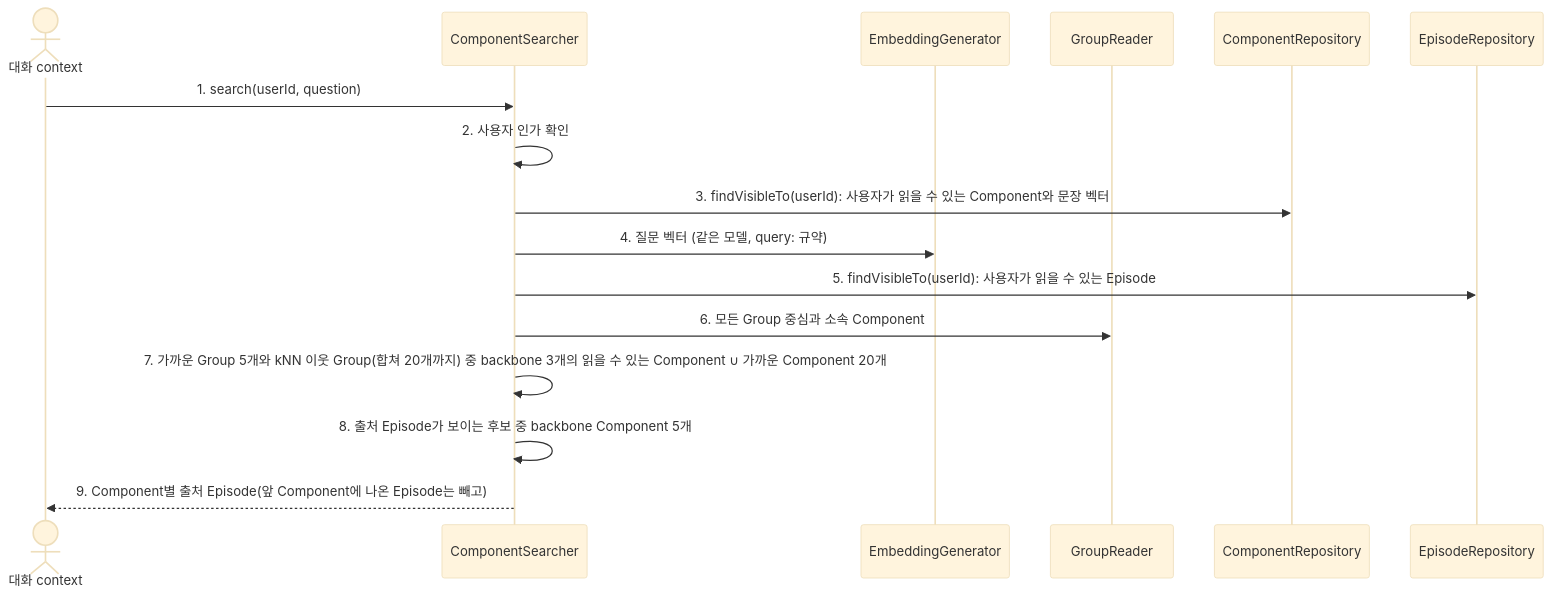
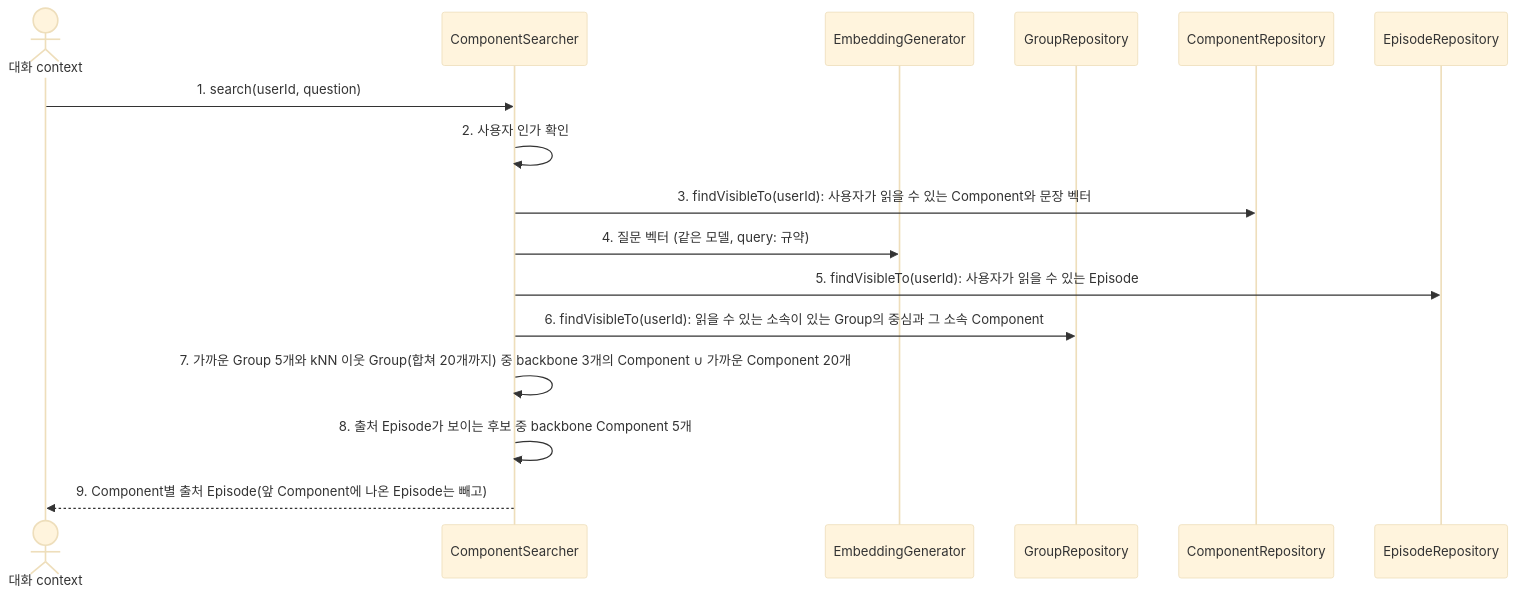
Before and after one commit to magenta1223/home_assistant: the second of 2 diagrams in application/src/main/kotlin/com/homeassistant/application/usecase/memoryextraction/component/README.md, drawn with Mermaid (base theme). The commit also changed other lines of this file and 19 other files, not shown here.

First line of the commit message:
refactor: Merge group reader and writer into GroupRepository

````diff
--- a/application/src/main/kotlin/com/homeassistant/application/usecase/memoryextraction/component/README.md
+++ b/application/src/main/kotlin/com/homeassistant/application/usecase/memoryextraction/component/README.md
@@ -64,18 +64,18 @@
 ```mermaid
 sequenceDiagram
     actor Caller as 대화 context
     participant Search as ComponentSearcher
     participant Query as EmbeddingGenerator
-    participant Groups as GroupReader
+    participant Groups as GroupRepository
     participant Components as ComponentRepository
     participant Episodes as EpisodeRepository
     Caller->>Search: 1. search(userId, question)
     Search->>Search: 2. 사용자 인가 확인
     Search->>Components: 3. findVisibleTo(userId): 사용자가 읽을 수 있는 Component와 문장 벡터
     Search->>Query: 4. 질문 벡터 (같은 모델, query: 규약)
     Search->>Episodes: 5. findVisibleTo(userId): 사용자가 읽을 수 있는 Episode
-    Search->>Groups: 6. 모든 Group 중심과 소속 Component
-    Search->>Search: 7. 가까운 Group 5개와 kNN 이웃 Group(합쳐 20개까지) 중 backbone 3개의 읽을 수 있는 Component ∪ 가까운 Component 20개
+    Search->>Groups: 6. findVisibleTo(userId): 읽을 수 있는 소속이 있는 Group의 중심과 그 소속 Component
+    Search->>Search: 7. 가까운 Group 5개와 kNN 이웃 Group(합쳐 20개까지) 중 backbone 3개의 Component ∪ 가까운 Component 20개
     Search->>Search: 8. 출처 Episode가 보이는 후보 중 backbone Component 5개
     Search-->>Caller: 9. Component별 출처 Episode(앞 Component에 나온 Episode는 빼고)
 ```
````
